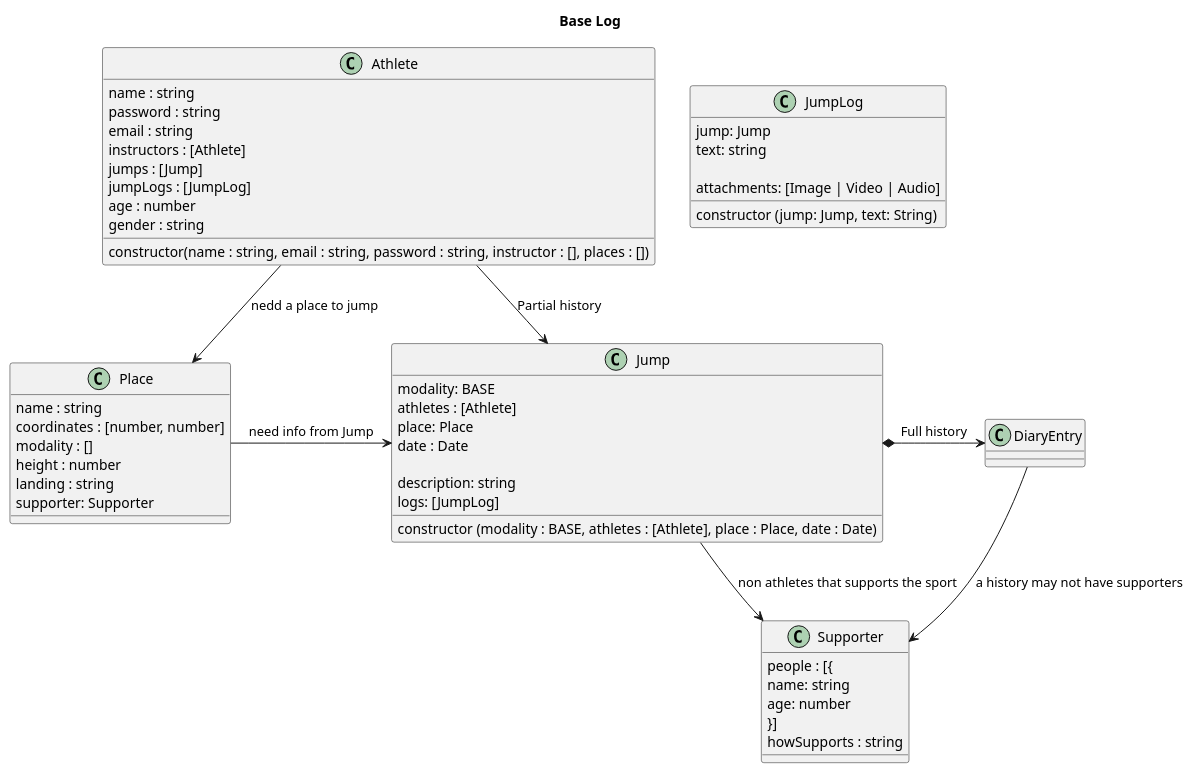
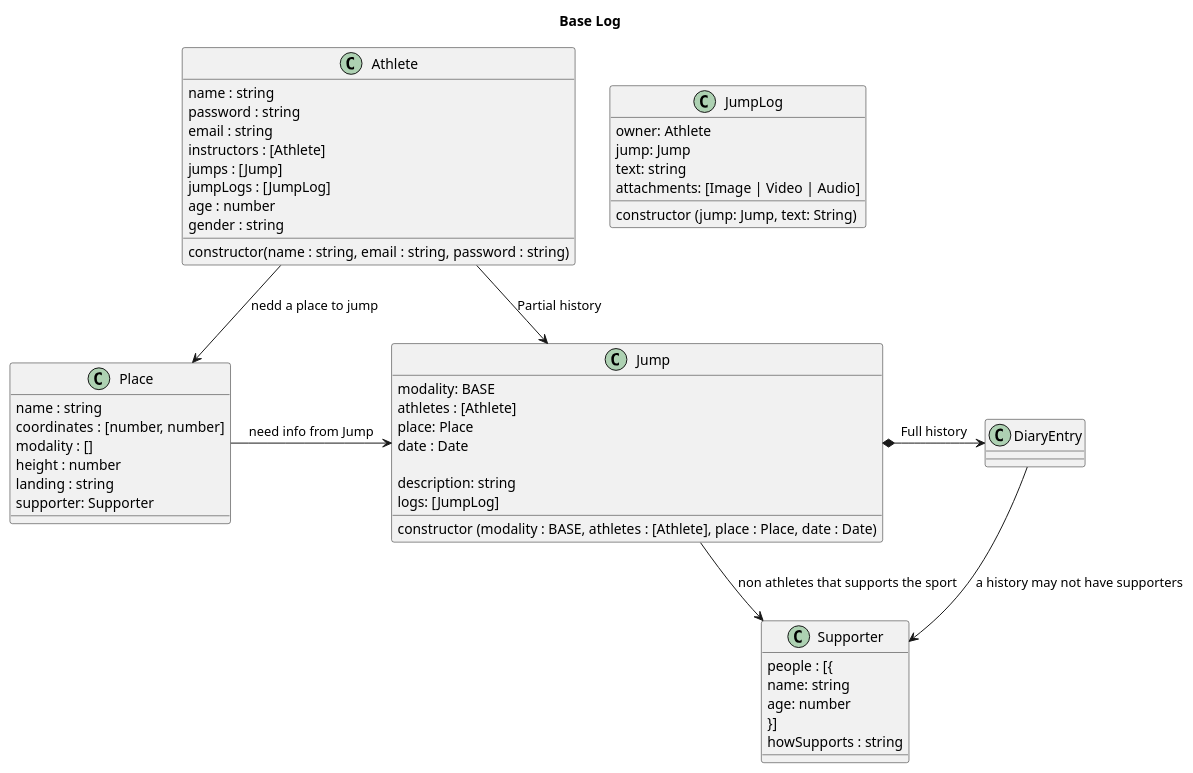
Before and after one commit to discombobulateme/webdoc: the diagram in architecture/class.puml, drawn with PlantUML.

Commit message:
Add athlete as jumpLog owner and changed requires

```diff
--- a/architecture/class.puml
+++ b/architecture/class.puml
@@ -1,77 +1,77 @@
 @startuml Base Log
 Title Base Log
 
 'non Athletes that supports the sport
 class Supporter {
 ' a supporter can associate with a place or a person
 people : [{
   name: string
   age: number
 }]
 howSupports : string
 }
 
 class Place {
 name : string
 coordinates : [number, number]
 modality : []
 height : number
 landing : string
 supporter: Supporter
 'add child: exitPoint
 }
 
 class Athlete {
 name : string
 password : string
 email : string
 instructors : [Athlete]
 jumps : [Jump]
 jumpLogs : [JumpLog]
 age : number
 gender : string
 
-constructor(name : string, email : string, password : string, instructor : [], places : [])
+constructor(name : string, email : string, password : string)
 }
 
 class Jump {
 ' addJump(Jump)
 ' Verify: if that place exists
 ' Verify: if you are linked in date and place with a Jump
 modality: BASE
 athletes : [Athlete]
 place: Place
 date : Date
 
 ' this is a sinopse
 description: string
 logs: [JumpLog]
 
 constructor (modality : BASE, athletes : [Athlete], place : Place, date : Date)
 }
 
 class JumpLog {
+owner: Athlete
 jump: Jump
 ' this is the full history text
 text: string
-
 attachments: [Image | Video | Audio]
 
 constructor (jump: Jump, text: String)
 }
 
 
 
 ' Head *- Hand : composition
 ' Parent o-- IndependentChild : agregation
 ' Need --> Use : association
 
 Athlete --> Place : nedd a place to jump
 Athlete -> Jump : Partial history
 
 Place -> Jump : need info from Jump
 Jump *-> DiaryEntry : Full history
 Jump --> Supporter : non athletes that supports the sport
 DiaryEntry --> Supporter : a history may not have supporters
 
 @enduml
```
